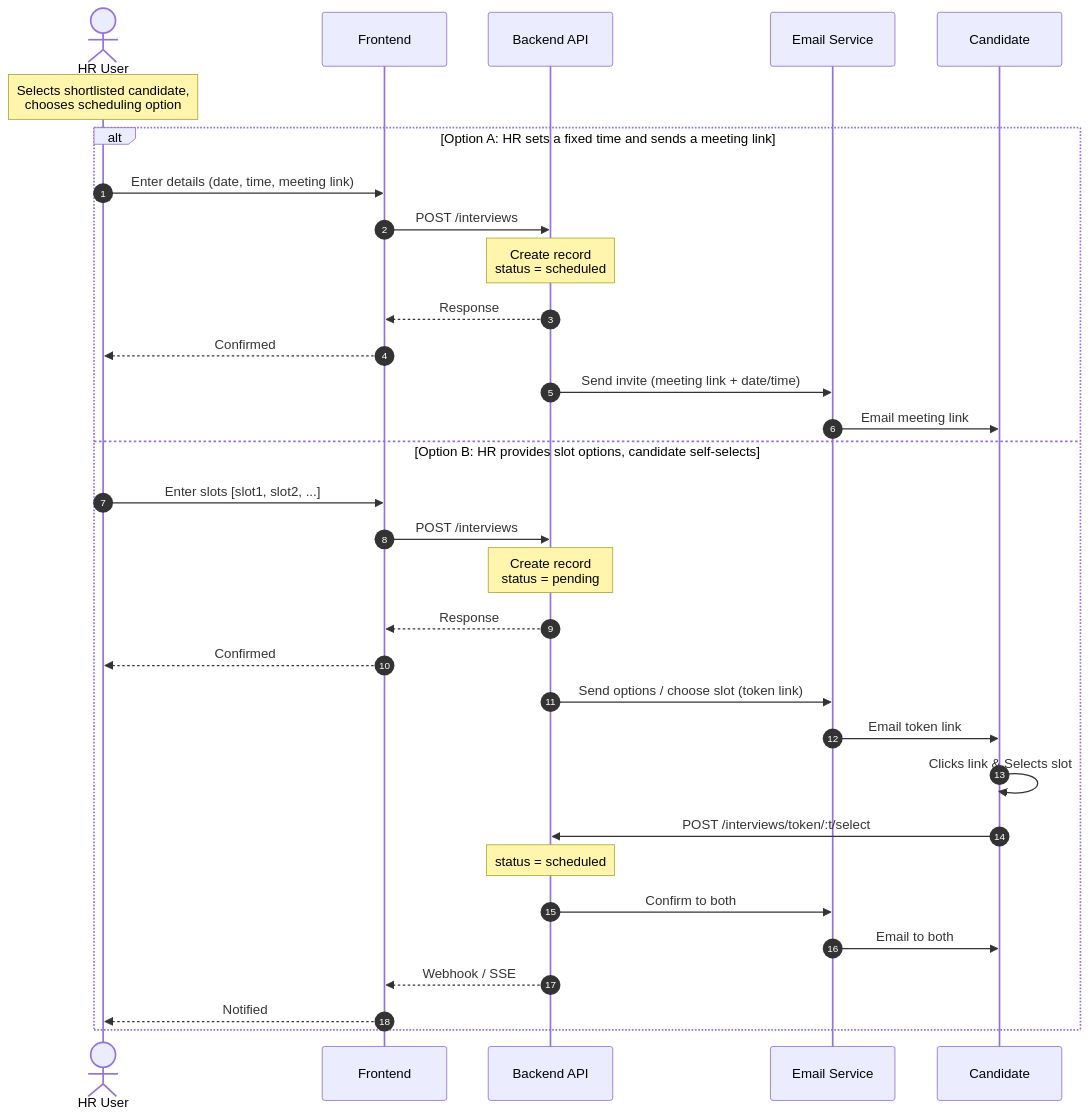
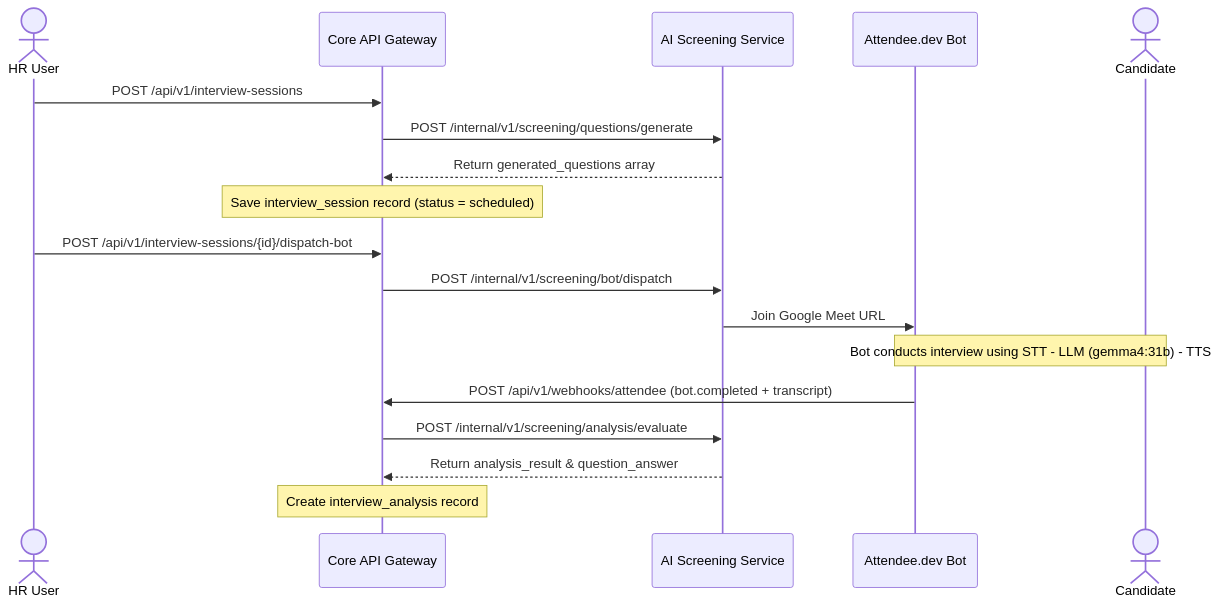
The fourth of 4 diagrams in docs/requirements/AI_SCREENING_REQUIREMENTS.md (joshsoftware/EZScreen), drawn with Mermaid before and after one commit. The commit also changed other lines of this file and 2 other files, not shown here.

````diff
--- a/docs/requirements/AI_SCREENING_REQUIREMENTS.md
+++ b/docs/requirements/AI_SCREENING_REQUIREMENTS.md
@@ -453,40 +169,23 @@
 ```mermaid
 sequenceDiagram
-    autonumber
     actor HR as HR User
-    participant FE as Frontend
-    participant BE as Backend API
-    participant ES as Email Service
-    participant C as Candidate
+    participant B as Core API Gateway
+    participant S as AI Screening Service
+    participant A as Attendee.dev Bot
+    actor C as Candidate
 
-    Note over HR: Selects shortlisted candidate,<br/>chooses scheduling option
-
-    alt Option A: HR sets a fixed time and sends a meeting link
-        HR->>FE: Enter details (date, time, meeting link)
-        FE->>BE: POST /interviews
-        Note over BE: Create record<br/>status = scheduled
-        BE-->>FE: Response
-        FE-->>HR: Confirmed
-        BE->>ES: Send invite (meeting link + date/time)
-        ES->>C: Email meeting link
-        
-    else Option B: HR provides slot options, candidate self-selects
-        HR->>FE: Enter slots [slot1, slot2, ...]
-        FE->>BE: POST /interviews
-        Note over BE: Create record<br/>status = pending
-        BE-->>FE: Response
-        FE-->>HR: Confirmed
-        BE->>ES: Send options / choose slot (token link)
-        ES->>C: Email token link
-        
-        %% Candidate Interacts with Link
-        C->>C: Clicks link & Selects slot
-        C->>BE: POST /interviews/token/:t/select
-        Note over BE: status = scheduled
-        BE->>ES: Confirm to both
-        ES->>C: Email to both
-        BE-->>FE: Webhook / SSE
-        FE-->>HR: Notified
-    end
-
+    HR->>B: POST /api/v1/interview-sessions
+    B->>S: POST /internal/v1/screening/questions/generate
+    S-->>B: Return generated_questions array
+    Note over B: Save interview_session record (status = scheduled)
+    
+    HR->>B: POST /api/v1/interview-sessions/{id}/dispatch-bot
+    B->>S: POST /internal/v1/screening/bot/dispatch
+    S->>A: Join Google Meet URL
+    
+    Note over A,C: Bot conducts interview using STT - LLM (gemma4:31b) - TTS
+    A->>B: POST /api/v1/webhooks/attendee (bot.completed + transcript)
+    B->>S: POST /internal/v1/screening/analysis/evaluate
+    S-->>B: Return analysis_result & question_answer
+    Note over B: Create interview_analysis record
 ```
````
